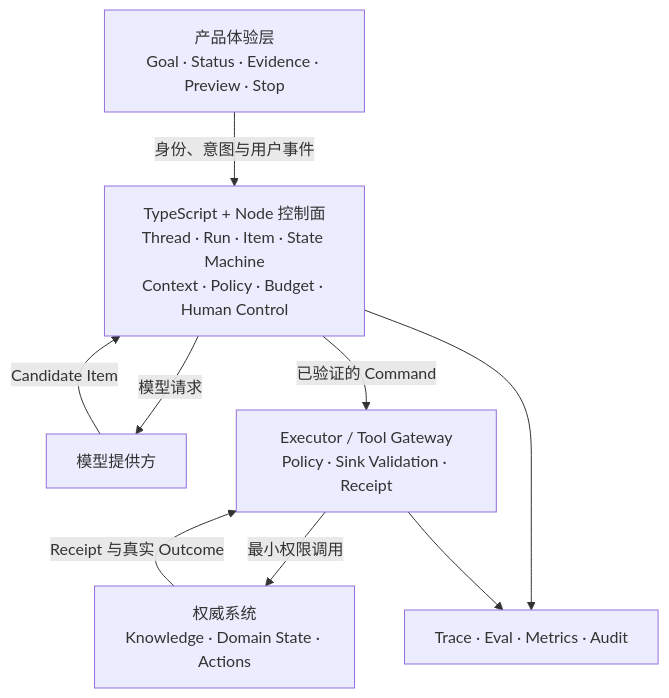
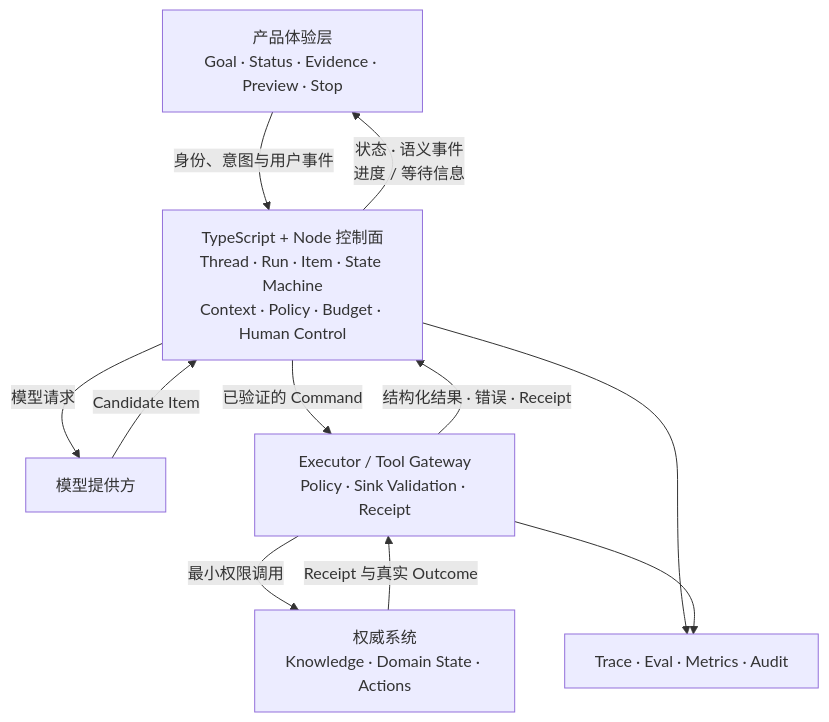
One commit to whatthehan/masterpiece-static-docs changed the diagram in site/10-毕业门禁/01-综合系统心智模型.md. Above: the diagram before and after it, drawn with Mermaid. The commit also changed 95 other files, not shown here.

````diff
--- a/site/10-毕业门禁/01-综合系统心智模型.md
+++ b/site/10-毕业门禁/01-综合系统心智模型.md
@@ -13,11 +13,13 @@
 ```mermaid
 flowchart TD
     UX["产品体验层<br/>Goal · Status · Evidence · Preview · Stop"] -->|"身份、意图与用户事件"| CONTROL["TypeScript + Node 控制面<br/>Thread · Run · Item · State Machine<br/>Context · Policy · Budget · Human Control"]
     CONTROL -->|"模型请求"| MODEL["模型提供方"]
     MODEL -->|"Candidate Item"| CONTROL
     CONTROL -->|"已验证的 Command"| EXEC["Executor / Tool Gateway<br/>Policy · Sink Validation · Receipt"]
     EXEC -->|"最小权限调用"| SYSTEM["权威系统<br/>Knowledge · Domain State · Actions"]
     SYSTEM -->|"Receipt 与真实 Outcome"| EXEC
+    EXEC -->|"结构化结果 · 错误 · Receipt"| CONTROL
+    CONTROL -->|"状态 · 语义事件<br/>进度 / 等待信息"| UX
     CONTROL --> OBS["Trace · Eval · Metrics · Audit"]
     EXEC --> OBS
 ```
````
